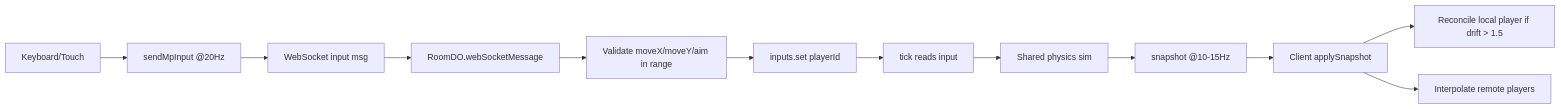
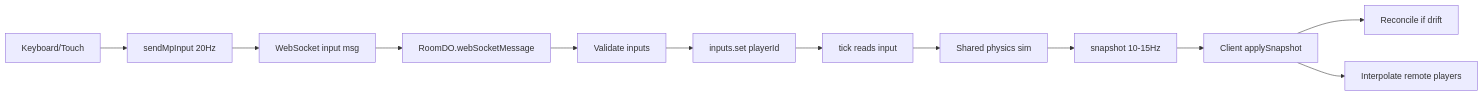
One commit to rayanfer32/tiny-militia-web changed the fifth of 6 diagrams in docs/BACKEND_ARCHITECTURE.md. Above: the diagram before and after it, drawn with Mermaid. The commit also changed other lines of this file, not shown here.

Commit message:
docs: fix mermaid diagram parse errors

````diff
--- a/docs/BACKEND_ARCHITECTURE.md
+++ b/docs/BACKEND_ARCHITECTURE.md
@@ -105,14 +105,14 @@
 ```mermaid
 flowchart LR
-  K[Keyboard/Touch] --> SI[sendMpInput @20Hz]
-  SI --> WS[WebSocket input msg]
-  WS --> R[RoomDO.webSocketMessage]
-  R --> V[Validate moveX/moveY/aim in range]
-  V --> BUF[inputs.set playerId]
-  BUF --> TICK[tick reads input]
-  TICK --> SIM[Shared physics sim]
-  SIM --> SNAP[snapshot @10-15Hz]
-  SNAP --> C[Client applySnapshot]
-  C --> REC[Reconcile local player if drift > 1.5]
-  C --> INT[Interpolate remote players]
+  K["Keyboard/Touch"] --> SI["sendMpInput 20Hz"]
+  SI --> WS["WebSocket input msg"]
+  WS --> R["RoomDO.webSocketMessage"]
+  R --> V["Validate inputs"]
+  V --> BUF["inputs.set playerId"]
+  BUF --> TICK["tick reads input"]
+  TICK --> SIM["Shared physics sim"]
+  SIM --> SNAP["snapshot 10-15Hz"]
+  SNAP --> C["Client applySnapshot"]
+  C --> REC["Reconcile if drift"]
+  C --> INT["Interpolate remote players"]
 ```
````
